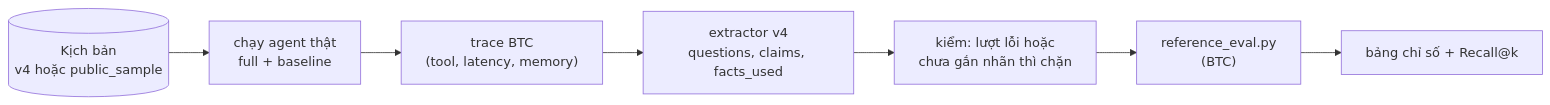
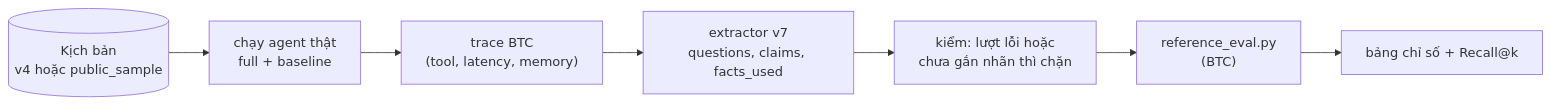
Before and after one commit to queenley/capstone_sudocode2026: the diagram in docs/ai/05-danh-gia.md, drawn with Mermaid. The commit also changed other lines of this file and 157 other files, not shown here.

````diff
--- a/docs/ai/05-danh-gia.md
+++ b/docs/ai/05-danh-gia.md
@@ -84,9 +84,9 @@
 ```mermaid
 flowchart LR
     DS[("Kịch bản<br/>v4 hoặc public_sample")] --> RUN["chạy agent thật<br/>full + baseline"]
     RUN --> TR["trace BTC<br/>(tool, latency, memory)"]
-    TR --> EX["extractor v4<br/>questions, claims, facts_used"]
+    TR --> EX["extractor v7<br/>questions, claims, facts_used"]
     EX --> CK["kiểm: lượt lỗi hoặc<br/>chưa gắn nhãn thì chặn"]
     CK --> SC["reference_eval.py<br/>(BTC)"]
     SC --> OUT["bảng chỉ số + Recall@k"]
 ```
````
